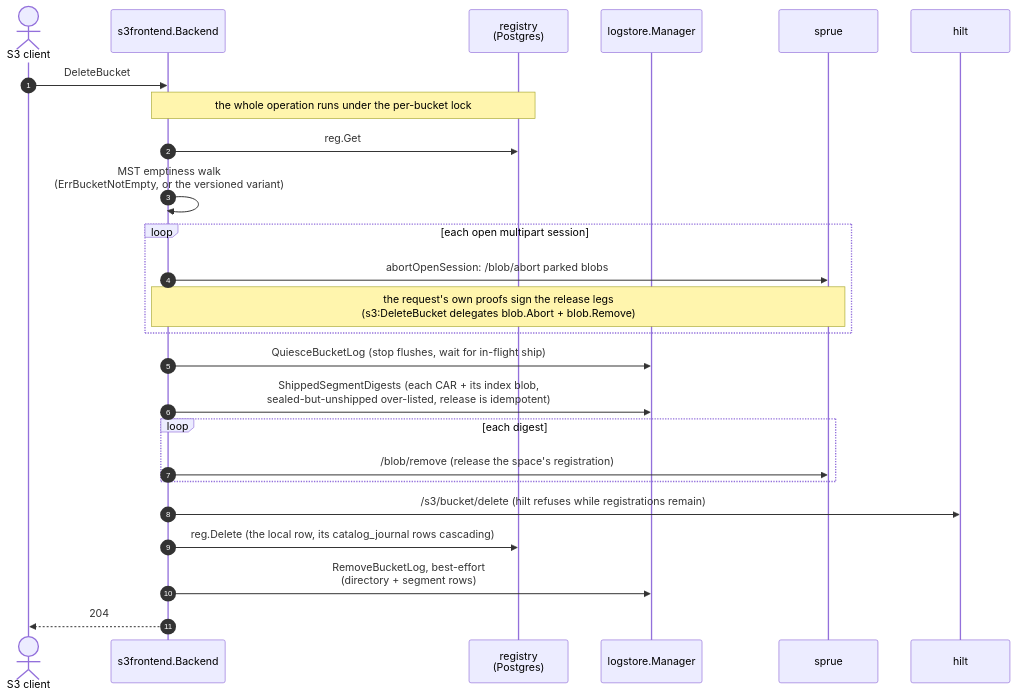
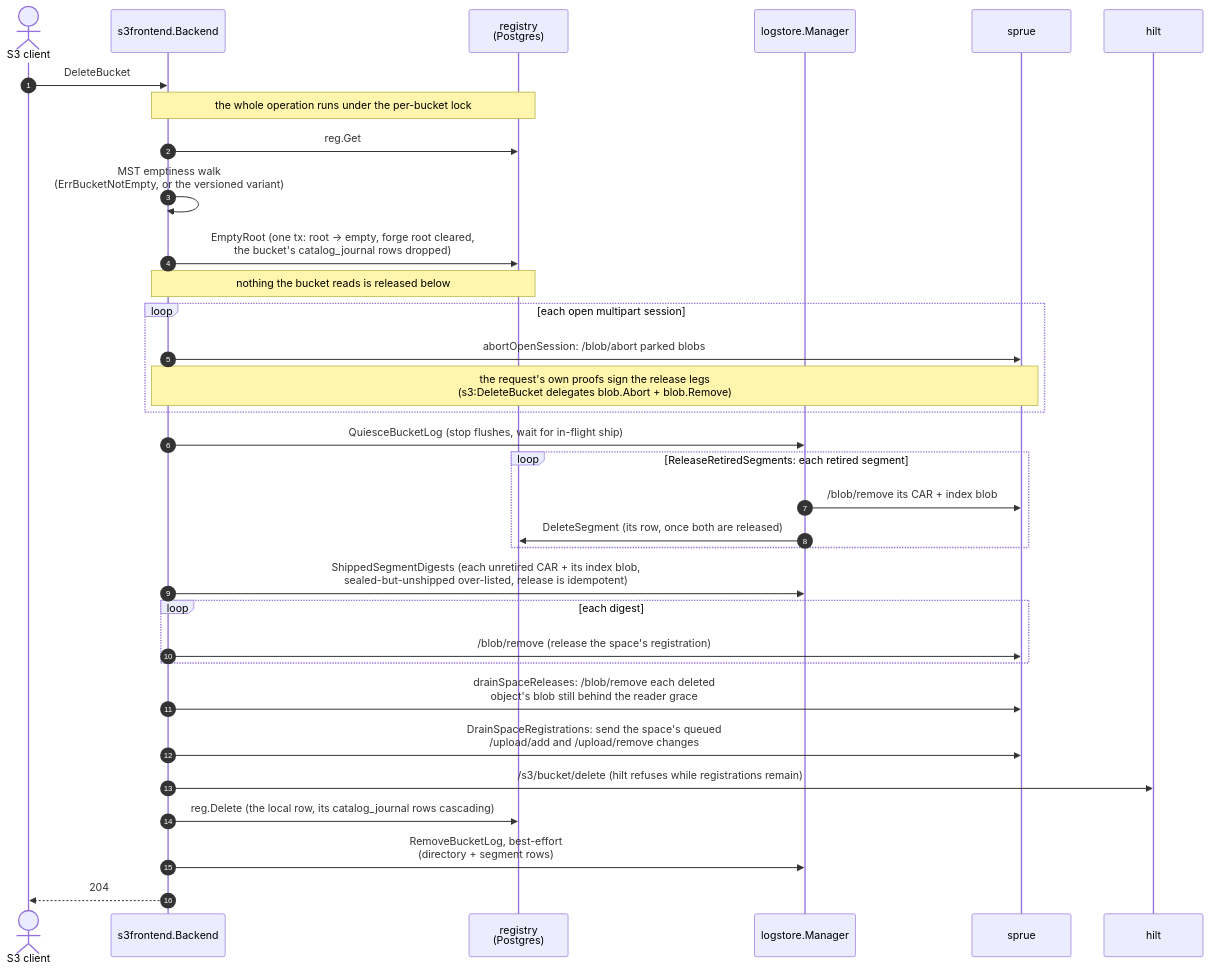
Before and after one commit to fil-forge/ingot: diagram 15 of 15 in docs/diagrams.md, drawn with Mermaid. The commit also changed other lines of this file and 21 other files, not shown here.

First line of the commit message:
Keep a refused DeleteBucket from leaving the bucket unreadable (#264)

````diff
--- a/docs/diagrams.md
+++ b/docs/diagrams.md
@@ -1241,28 +1243,36 @@
 ```mermaid
 sequenceDiagram
     autonumber
     actor C as S3 client
     participant B as s3frontend.Backend
     participant R as registry<br/>(Postgres)
     participant L as logstore.Manager
     participant U as sprue
     participant H as hilt
 
     C->>B: DeleteBucket
     Note over B,R: the whole operation runs under the per-bucket lock
     B->>R: reg.Get
     B->>B: MST emptiness walk<br/>(ErrBucketNotEmpty, or the versioned variant)
+    B->>R: EmptyRoot (one tx: root → empty, forge root cleared,<br/>the bucket's catalog_journal rows dropped)
+    Note over B,R: nothing the bucket reads is released below
     loop each open multipart session
         B->>U: abortOpenSession: /blob/abort parked blobs
         Note over B,U: the request's own proofs sign the release legs<br/>(s3:DeleteBucket delegates blob.Abort + blob.Remove)
     end
     B->>L: QuiesceBucketLog (stop flushes, wait for in-flight ship)
-    B->>L: ShippedSegmentDigests (each CAR + its index blob,<br/>sealed-but-unshipped over-listed, release is idempotent)
+    loop ReleaseRetiredSegments: each retired segment
+        L->>U: /blob/remove its CAR + index blob
+        L->>R: DeleteSegment (its row, once both are released)
+    end
+    B->>L: ShippedSegmentDigests (each unretired CAR + its index blob,<br/>sealed-but-unshipped over-listed, release is idempotent)
     loop each digest
         B->>U: /blob/remove (release the space's registration)
     end
+    B->>U: drainSpaceReleases: /blob/remove each deleted<br/>object's blob still behind the reader grace
+    B->>U: DrainSpaceRegistrations: send the space's queued<br/>/upload/add and /upload/remove changes
     B->>H: /s3/bucket/delete (hilt refuses while registrations remain)
     B->>R: reg.Delete (the local row, its catalog_journal rows cascading)
     B->>L: RemoveBucketLog, best-effort<br/>(directory + segment rows)
     B-->>C: 204
 ```
````
